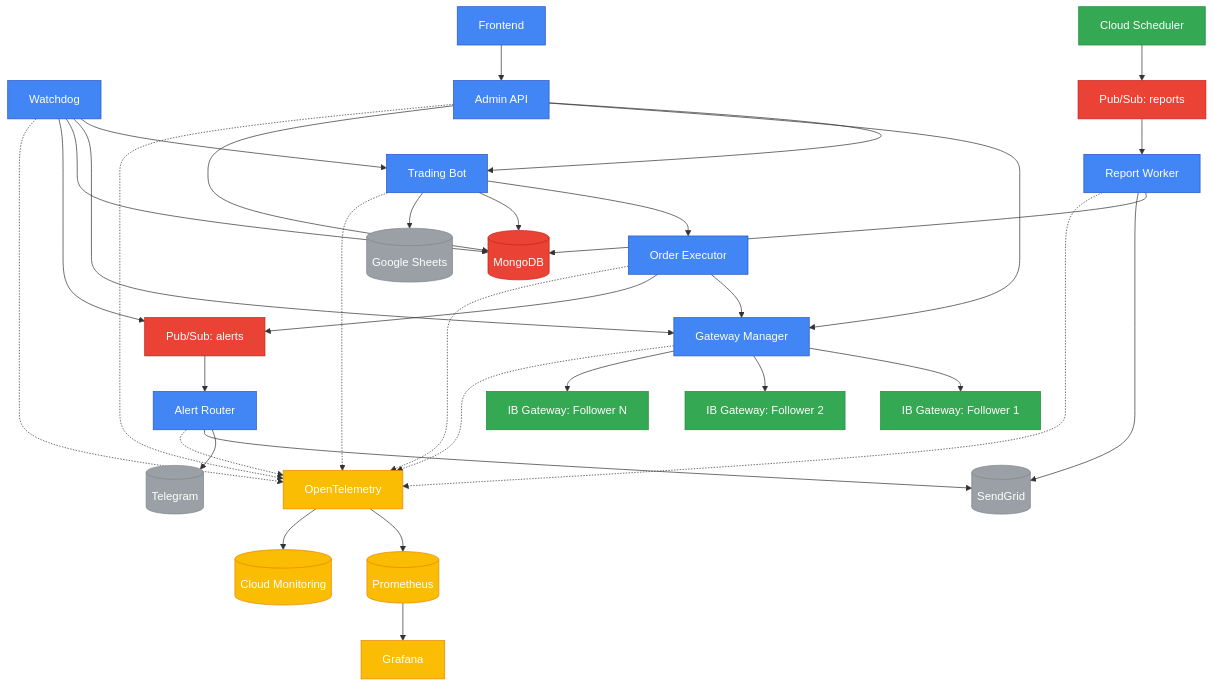
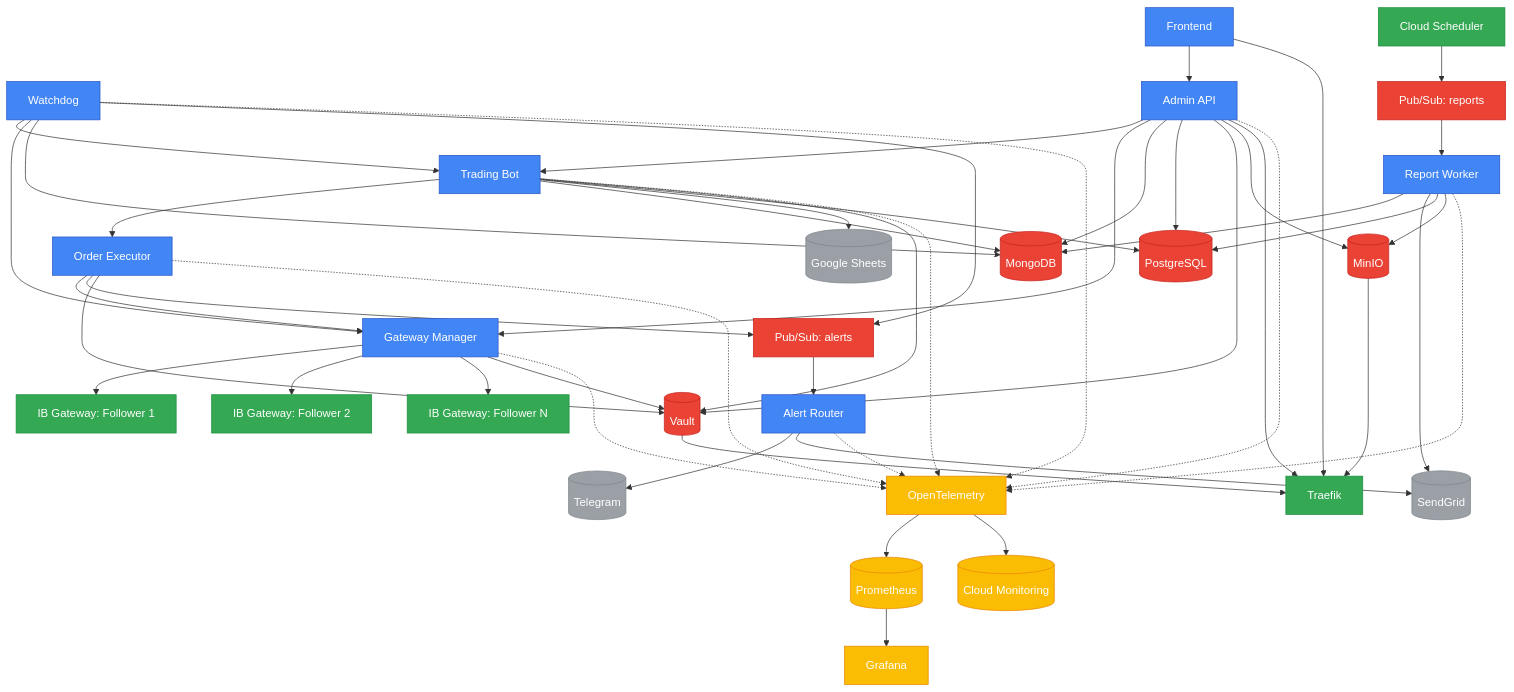
Before and after one commit to AIgen-Solutions-s-r-l/SpreadPilot: the diagram in docs/images/system-architecture.mmd, drawn with Mermaid. The commit also changed 1 other file, not shown here.

Commit message:
docs: update README and architecture diagram for Vault integration
- Add Vault environment variables to configuration section
- Document Vault secret paths for IBKR credentials
- Reference detailed Vault integration documentation
- Update system architecture diagram to show GatewayManager -> Vault connection
- Maintain consistency with existing infrastructure documentation

🤖 Generated with [Claude Code](https://claude.ai/code)

```diff
--- a/docs/images/system-architecture.mmd
+++ b/docs/images/system-architecture.mmd
@@ -1,59 +1,76 @@
 graph TD
     %% Core Services
     TradingBot[Trading Bot] --> OrderExecutor[Order Executor]
     OrderExecutor --> GatewayManager[Gateway Manager]
     GatewayManager --> IBGateway1[IB Gateway: Follower 1]
     GatewayManager --> IBGateway2[IB Gateway: Follower 2]
     GatewayManager --> IBGatewayN[IB Gateway: Follower N]
     TradingBot --> MongoDB[(MongoDB)]
     TradingBot --> GoogleSheets[(Google Sheets)]
     OrderExecutor --> PubSubAlerts[Pub/Sub: alerts]
     
     Watchdog[Watchdog] --> TradingBot
     Watchdog --> GatewayManager
     Watchdog --> MongoDB
     Watchdog --> PubSubAlerts
     
     AdminAPI[Admin API] --> TradingBot
     AdminAPI --> GatewayManager
     AdminAPI --> MongoDB
     
     ReportWorker[Report Worker] --> MongoDB
     ReportWorker --> SendGrid[(SendGrid)]
     PubSubReports[Pub/Sub: reports] --> ReportWorker
     
     AlertRouter[Alert Router] --> Telegram[(Telegram)]
     AlertRouter --> SendGrid
     PubSubAlerts --> AlertRouter
     
     Frontend[Frontend] --> AdminAPI
     
-    %% Infrastructure
+    %% Infrastructure Services
+    TradingBot --> PostgreSQL[(PostgreSQL)]
+    AdminAPI --> PostgreSQL
+    ReportWorker --> PostgreSQL
+    
+    TradingBot --> Vault[(Vault)]
+    AdminAPI --> Vault
+    OrderExecutor --> Vault
+    GatewayManager --> Vault
+    
+    ReportWorker --> MinIO[(MinIO)]
+    AdminAPI --> MinIO
+    
+    Frontend --> Traefik[Traefik]
+    AdminAPI --> Traefik
+    Vault --> Traefik
+    MinIO --> Traefik
+    
     CloudScheduler[Cloud Scheduler] --> PubSubReports
     
     %% Observability
     OTel[OpenTelemetry] --> Prometheus[(Prometheus)]
     OTel --> CloudMonitoring[(Cloud Monitoring)]
     Prometheus --> Grafana[Grafana]
     
     %% Service connections to observability
     TradingBot -.-> OTel
     OrderExecutor -.-> OTel
     GatewayManager -.-> OTel
     Watchdog -.-> OTel
     AdminAPI -.-> OTel
     ReportWorker -.-> OTel
     AlertRouter -.-> OTel
     
     %% Styling
     classDef coreService fill:#4285F4,stroke:#2A56C6,color:white
     classDef infrastructure fill:#34A853,stroke:#1E8E3E,color:white
     classDef observability fill:#FBBC04,stroke:#EA8600,color:white
     classDef database fill:#EA4335,stroke:#C5221F,color:white
     classDef external fill:#9AA0A6,stroke:#80868B,color:white
     
     class TradingBot,Watchdog,AdminAPI,ReportWorker,AlertRouter,Frontend,GatewayManager,OrderExecutor coreService
-    class IBGateway1,IBGateway2,IBGatewayN,CloudScheduler infrastructure
+    class IBGateway1,IBGateway2,IBGatewayN,CloudScheduler,Traefik infrastructure
     class OTel,Prometheus,Grafana,CloudMonitoring observability
-    class MongoDB,PubSubAlerts,PubSubReports database
+    class MongoDB,PostgreSQL,Vault,MinIO,PubSubAlerts,PubSubReports database
     class GoogleSheets,SendGrid,Telegram external
```
